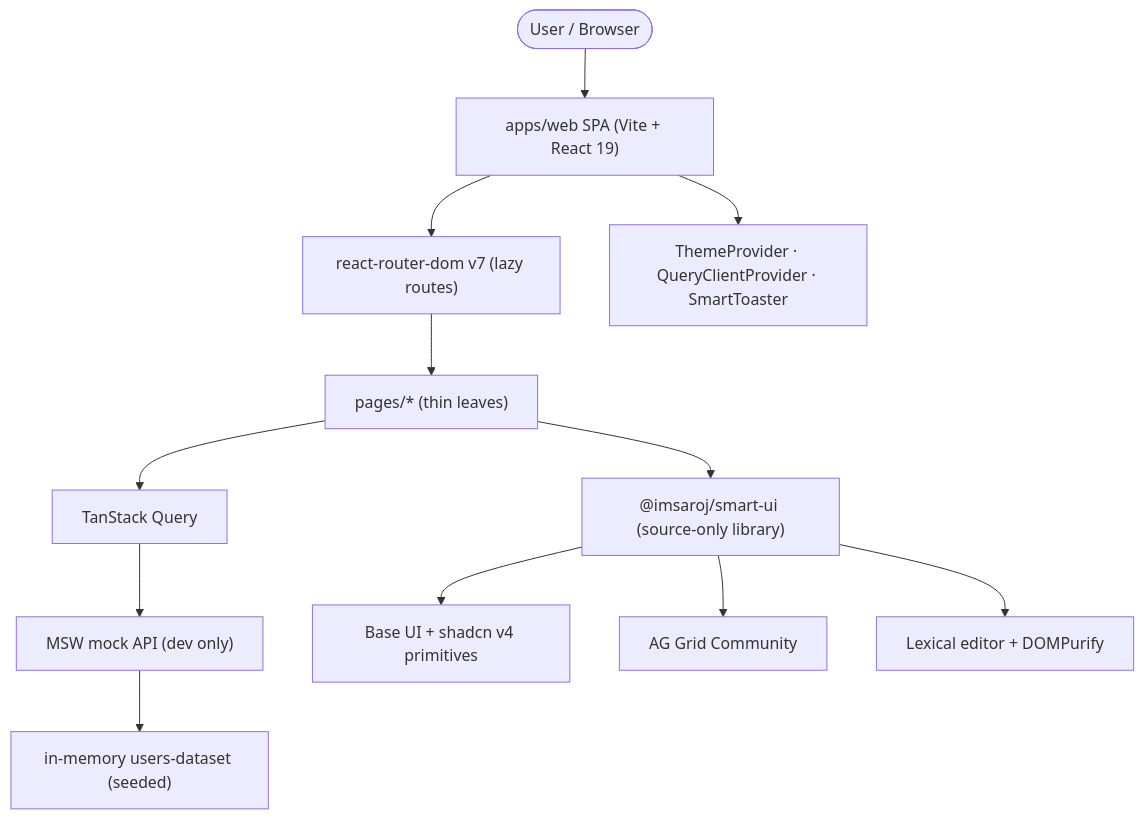
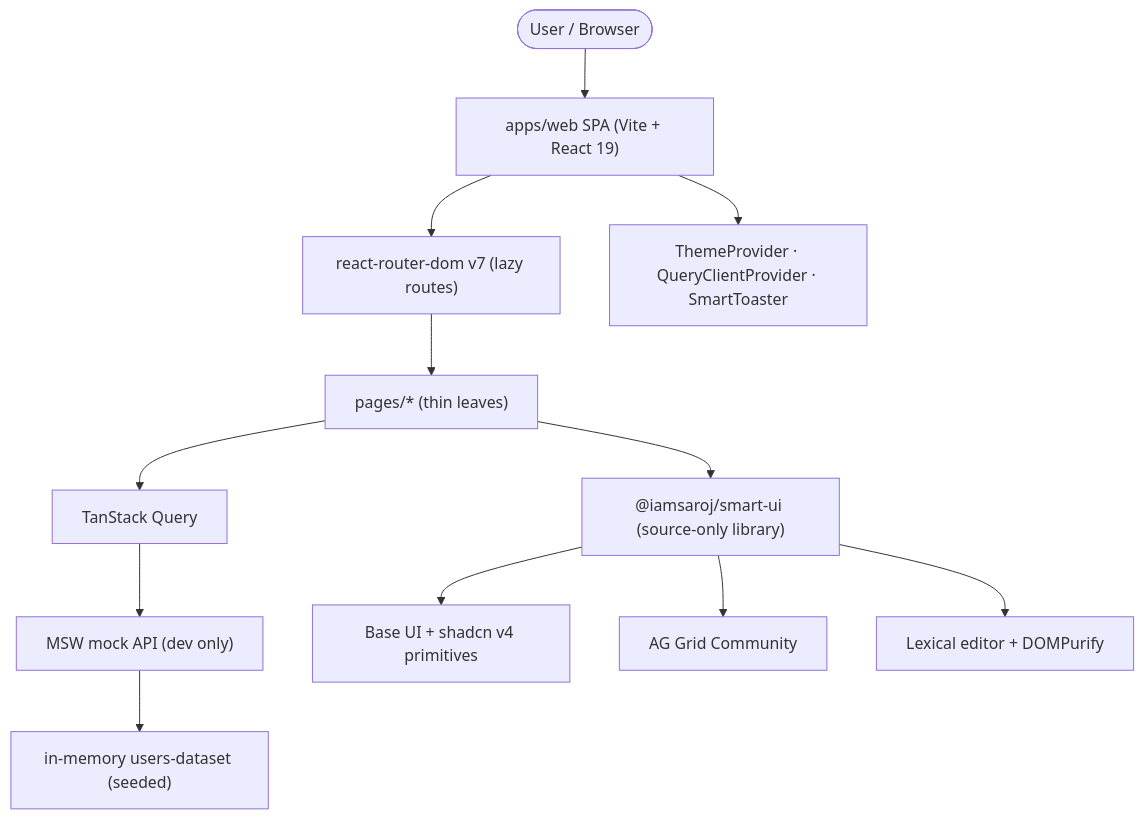
The fifth of 12 diagrams in ARCHITECTURE.md (imsaroj/automatic-octo-fiesta), drawn with Mermaid before and after one commit. The commit also changed other lines of this file and 245 other files, not shown here.

First line of the commit message:
fix: publish under @iamsaroj scope — npm username is iamsaroj, not imsaroj

````diff
--- a/ARCHITECTURE.md
+++ b/ARCHITECTURE.md
@@ -758,15 +758,15 @@
 ```mermaid
 flowchart TD
   user([User / Browser])
   user --> spa["apps/web SPA (Vite + React 19)"]
   spa --> router["react-router-dom v7 (lazy routes)"]
   spa --> providers["ThemeProvider · QueryClientProvider · SmartToaster"]
   router --> pages["pages/* (thin leaves)"]
-  pages --> uilib["@imsaroj/smart-ui (source-only library)"]
+  pages --> uilib["@iamsaroj/smart-ui (source-only library)"]
   pages --> query["TanStack Query"]
   query --> msw["MSW mock API (dev only)"]
   msw --> dataset["in-memory users-dataset (seeded)"]
   uilib --> baseui["Base UI + shadcn v4 primitives"]
   uilib --> aggrid["AG Grid Community"]
   uilib --> lexical["Lexical editor + DOMPurify"]
 ```
````
